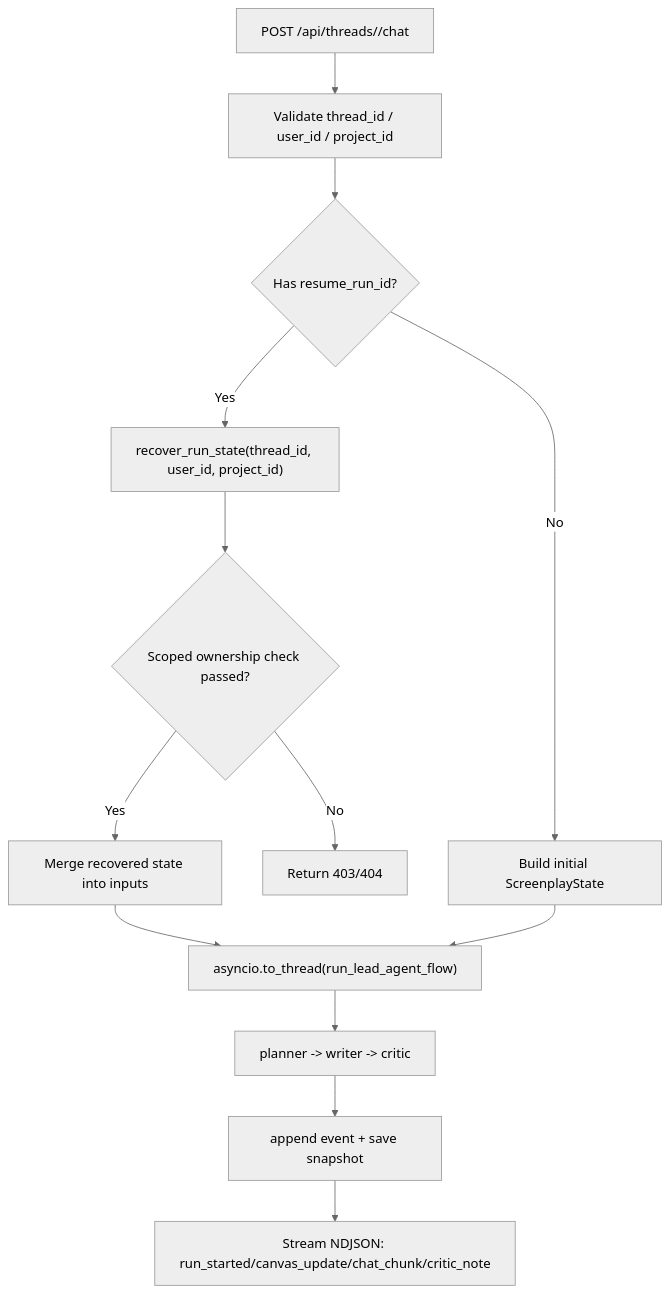
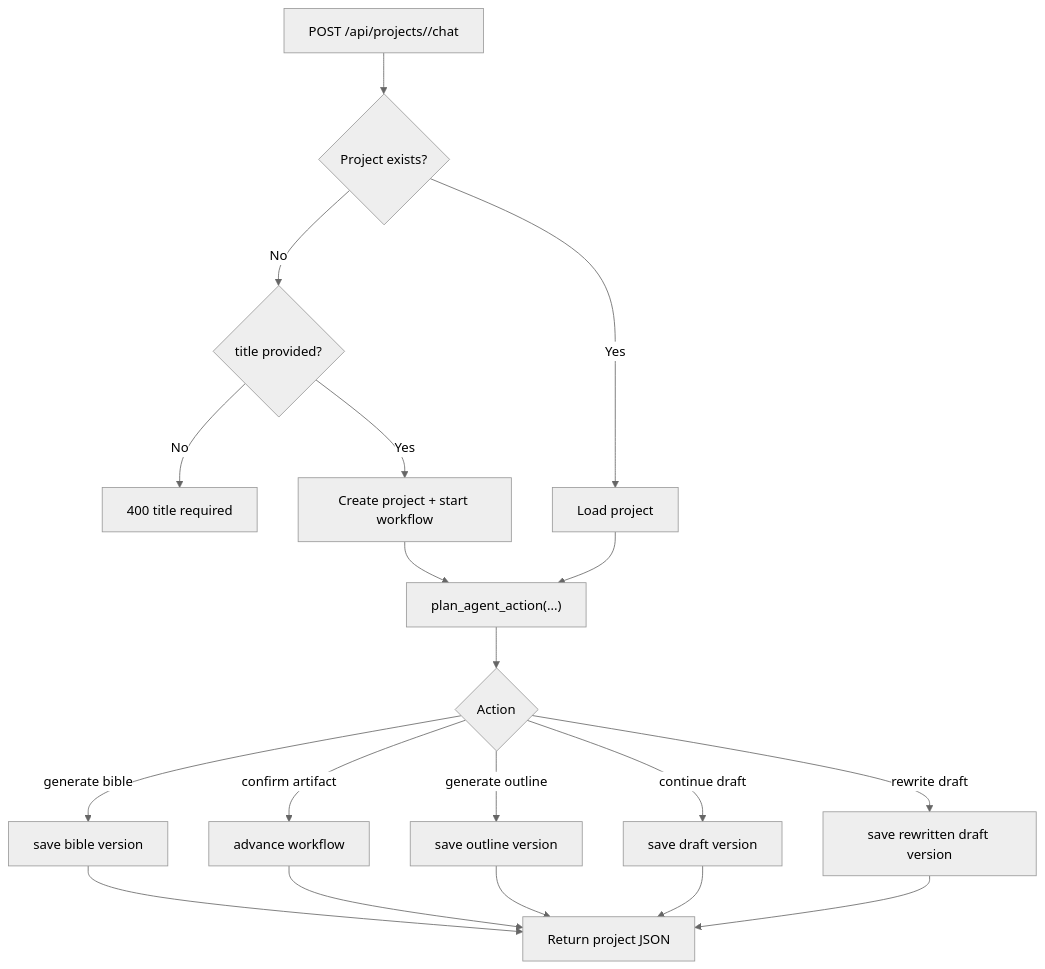
One commit to isWangjianhua/ScriptWriter changed the second of 3 diagrams in docs/en/architecture.md. Above: the diagram before and after it, drawn with Mermaid (neutral theme). The commit also changed other lines of this file and 13 other files, not shown here.

Commit message:
docs: Update documentation to reflect the new project-centric architecture and workflow.

````diff
--- a/docs/en/architecture.md
+++ b/docs/en/architecture.md
@@ -84,15 +72,21 @@
 ```mermaid
 flowchart TD
-    A["POST /api/threads/<thread_id>/chat"] --> B["Validate thread_id / user_id / project_id"]
-    B --> C{"Has resume_run_id?"}
-    C -- No --> D["Build initial ScreenplayState"]
-    C -- Yes --> E["recover_run_state(thread_id, user_id, project_id)"]
-    E --> F{"Scoped ownership check passed?"}
-    F -- No --> X["Return 403/404"]
-    F -- Yes --> G["Merge recovered state into inputs"]
-    G --> H["asyncio.to_thread(run_lead_agent_flow)"]
-    D --> H
-    H --> I["planner -> writer -> critic"]
-    I --> J["append event + save snapshot"]
-    J --> K["Stream NDJSON: run_started/canvas_update/chat_chunk/critic_note"]
+    A["POST /api/projects/<project_id>/chat"] --> B{"Project exists?"}
+    B -- No --> C{"title provided?"}
+    C -- No --> X["400 title required"]
+    C -- Yes --> D["Create project + start workflow"]
+    B -- Yes --> E["Load project"]
+    D --> F["plan_agent_action(...)"]
+    E --> F
+    F --> G{"Action"}
+    G -->|generate bible| H["save bible version"]
+    G -->|confirm artifact| I["advance workflow"]
+    G -->|generate outline| J["save outline version"]
+    G -->|continue draft| K["save draft version"]
+    G -->|rewrite draft| L["save rewritten draft version"]
+    H --> M["Return project JSON"]
+    I --> M
+    J --> M
+    K --> M
+    L --> M
 ```
````
